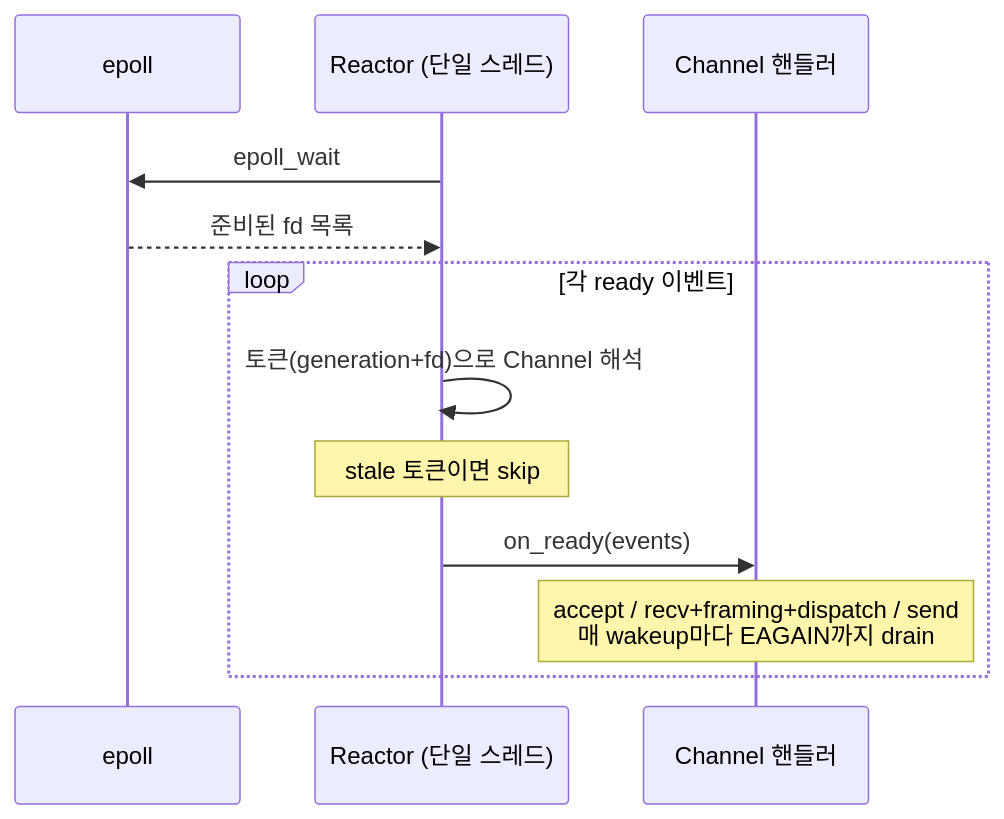
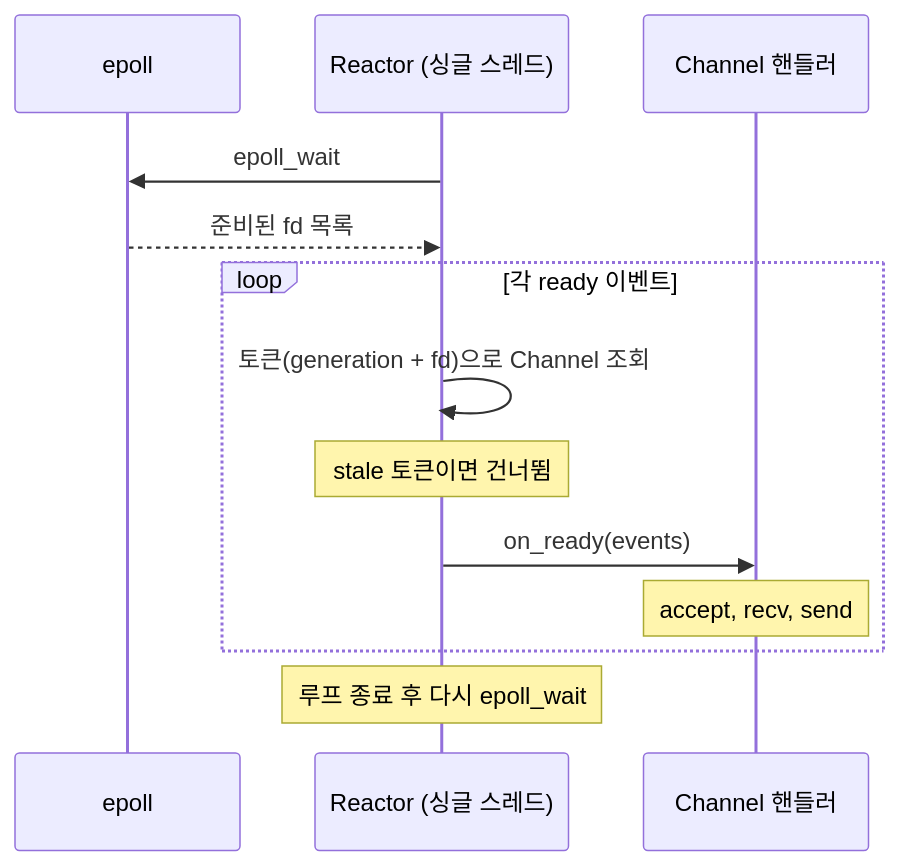
One commit to dnlfis42/ddcs changed the first of 8 diagrams in docs/ARCHITECTURE.md. Above: the diagram before and after it, drawn with Mermaid. The commit also changed other lines of this file and 8 other files, not shown here.

````diff
--- a/docs/ARCHITECTURE.md
+++ b/docs/ARCHITECTURE.md
@@ -136,14 +101,15 @@
 ```mermaid
 sequenceDiagram
-  participant K as epoll
-  participant R as Reactor (단일 스레드)
+  participant E as epoll
+  participant R as Reactor (싱글 스레드)
   participant H as Channel 핸들러
-  R->>K: epoll_wait
-  K-->>R: 준비된 fd 목록
+  R->>E: epoll_wait
+  E-->>R: 준비된 fd 목록
   loop 각 ready 이벤트
-    R->>R: 토큰(generation+fd)으로 Channel 해석
-    Note over R: stale 토큰이면 skip
+    R->>R: 토큰(generation + fd)으로 Channel 조회
+    Note over R: stale 토큰이면 건너뜀
     R->>H: on_ready(events)
-    Note over H: accept / recv+framing+dispatch / send<br/>매 wakeup마다 EAGAIN까지 drain
+    Note over H: accept, recv, send
   end
+  Note over R: 루프 종료 후 다시 epoll_wait
 ```
````
